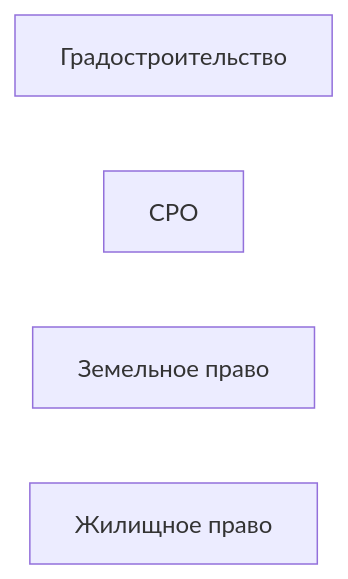
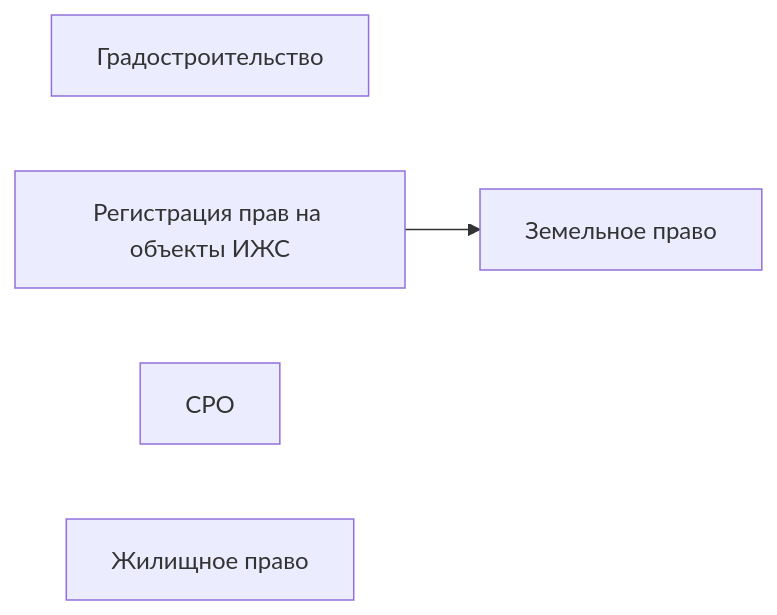
Before and after one commit to ProZaik/knowledge-wiki: the diagram in _graph.md, drawn with Mermaid. The commit also changed 4 other files, not shown here.

Commit message:
[MCP] Обновление темы: Регистрация прав на объекты ИЖС

````diff
--- a/_graph.md
+++ b/_graph.md
@@ -6,7 +6,9 @@
 ```mermaid
 graph LR
     gradostroitelstvo["Градостроительство"]
+    izhs_registratsiya["Регистрация прав на объекты ИЖС"]
     sro["СРО"]
     zemelnoe_pravo["Земельное право"]
     zhilishnoe_pravo["Жилищное право"]
+    izhs_registratsiya --> zemelnoe_pravo
 ```
````
